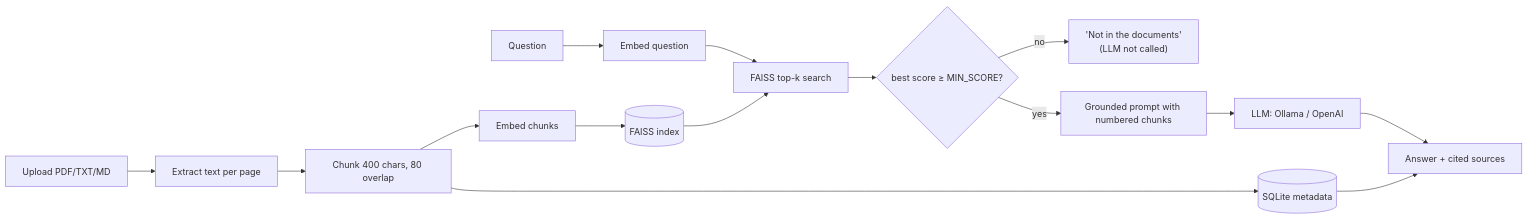
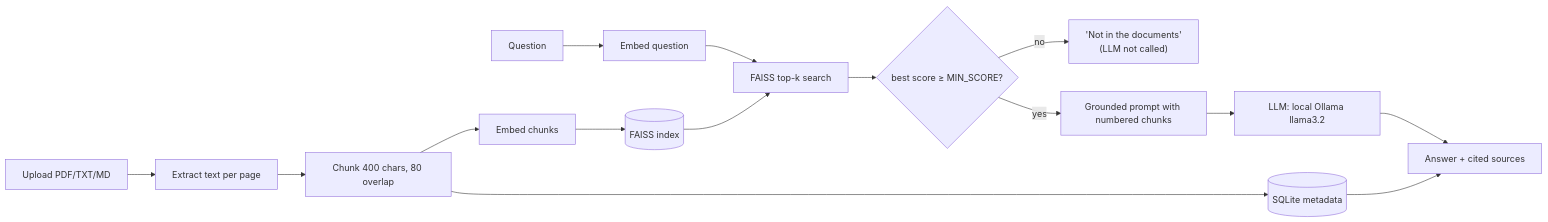
One commit to ahsannafees903/school-docs-rag-assistant changed the diagram in README.md. Above: the diagram before and after it, drawn with Mermaid. The commit also changed other lines of this file and 14 other files, not shown here.

First line of the commit message:
Make local Ollama the default, with no paid API key.

````diff
--- a/README.md
+++ b/README.md
@@ -42,18 +44,18 @@
 ```mermaid
 flowchart LR
     Q[Question] --> E[Embed question]
     E --> S[FAISS top-k search]
     S --> T{best score ≥ MIN_SCORE?}
     T -- no --> R["'Not in the documents'<br/>(LLM not called)"]
     T -- yes --> P[Grounded prompt with numbered chunks]
-    P --> L[LLM: Ollama / OpenAI]
+    P --> L[LLM: local Ollama llama3.2]
     L --> A[Answer + cited sources]
 
     U[Upload PDF/TXT/MD] --> X[Extract text per page]
     X --> C[Chunk 400 chars, 80 overlap]
     C --> V[Embed chunks]
     V --> F[(FAISS index)]
     C --> D[(SQLite metadata)]
     F --> S
     D --> A
 ```
````
